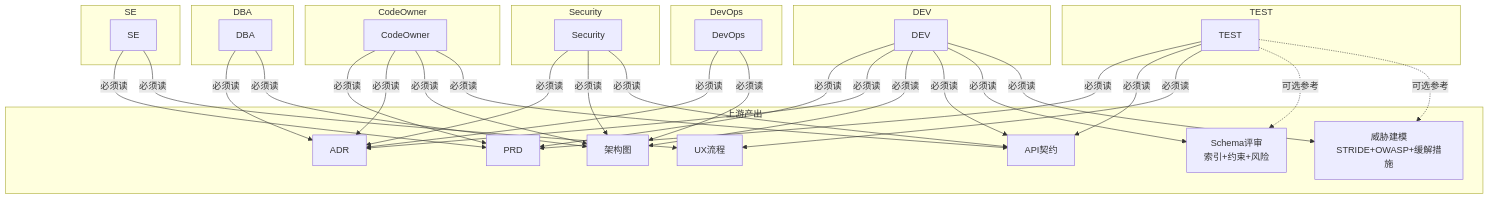
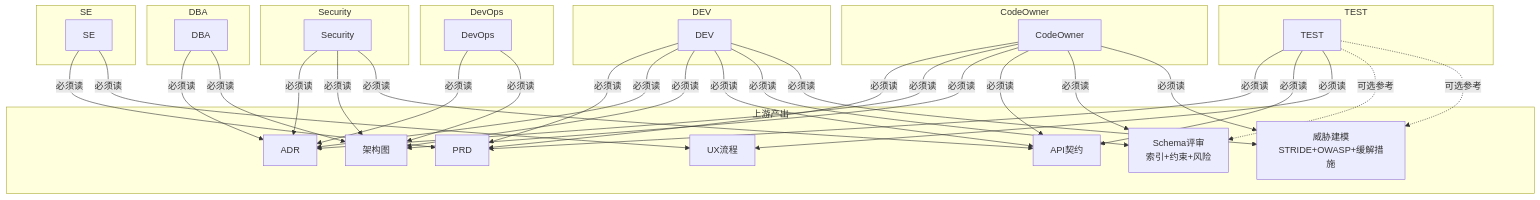
The second of 2 diagrams in docs/ARCHITECTURE.md (vince173/zcode-enterprise-workflow), drawn with Mermaid before and after one commit. The commit also changed 2 other files, not shown here.

Commit message:
fix: CodeOwner输入契约补充DBA+Security — 打回标准#6需要验证DEV是否引入未评审变更

````diff
--- a/docs/ARCHITECTURE.md
+++ b/docs/ARCHITECTURE.md
@@ -66,57 +66,59 @@
 ```mermaid
 flowchart TB
     subgraph 上游产出
         PM_OUT[PRD]
         UX_OUT[UX流程]
         ADR_OUT[ADR]
         ARCH_OUT[架构图]
         API_OUT[API契约]
         DBA_OUT[Schema评审<br/>索引+约束+风险]
         SEC_OUT[威胁建模<br/>STRIDE+OWASP+缓解措施]
     end
 
     subgraph SE
         SE_IN[SE] -->|必须读| PM_OUT
         SE_IN -->|必须读| UX_OUT
     end
 
     subgraph DBA
         DBA_IN[DBA] -->|必须读| ADR_OUT
         DBA_IN -->|必须读| ARCH_OUT
     end
 
     subgraph Security
         SEC_IN[Security] -->|必须读| ADR_OUT
         SEC_IN -->|必须读| ARCH_OUT
         SEC_IN -->|必须读| API_OUT
     end
 
     subgraph DEV
         DEV_IN[DEV] -->|必须读| PM_OUT
         DEV_IN -->|必须读| ADR_OUT
         DEV_IN -->|必须读| ARCH_OUT
         DEV_IN -->|必须读| API_OUT
         DEV_IN -->|必须读| DBA_OUT
         DEV_IN -->|必须读| SEC_OUT
     end
 
     subgraph CodeOwner
         CO_IN[CodeOwner] -->|必须读| PM_OUT
         CO_IN -->|必须读| ADR_OUT
         CO_IN -->|必须读| ARCH_OUT
         CO_IN -->|必须读| API_OUT
+        CO_IN -->|必须读| DBA_OUT
+        CO_IN -->|必须读| SEC_OUT
     end
 
     subgraph TEST
         TEST_IN[TEST] -->|必须读| PM_OUT
         TEST_IN -->|必须读| API_OUT
         TEST_IN -->|必须读| UX_OUT
         TEST_IN -.->|可选参考| DBA_OUT
         TEST_IN -.->|可选参考| SEC_OUT
     end
 
     subgraph DevOps
         DO_IN[DevOps] -->|必须读| ADR_OUT
         DO_IN -->|必须读| ARCH_OUT
     end
 ```
````
